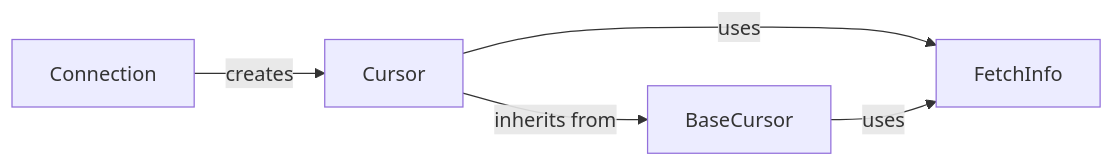
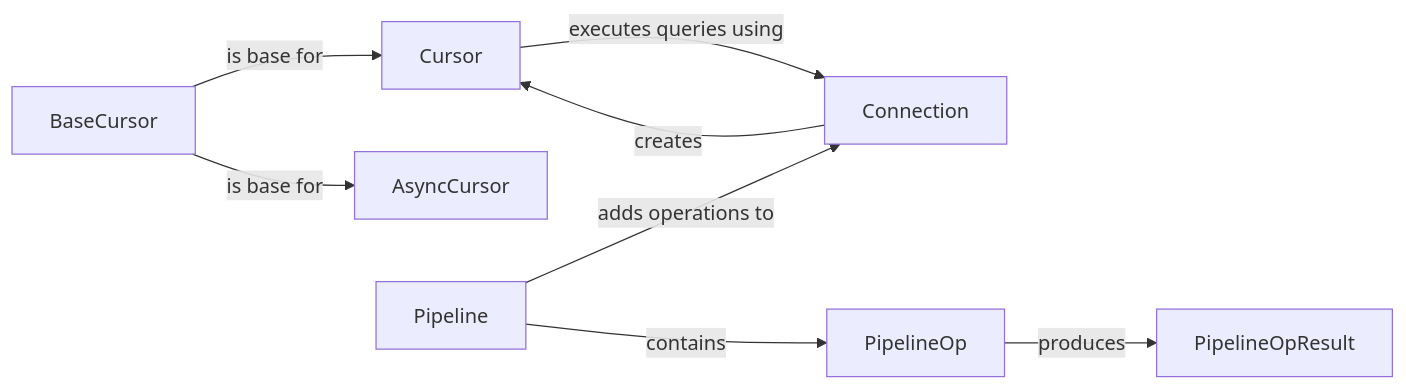
One commit to CodeBoarding/GeneratedOnBoardings changed the diagram in python-oracledb/Cursor and Execution Management.md. Above: the diagram before and after it, drawn with Mermaid. The commit also changed other lines of this file and 10 other files, not shown here.

````diff
--- a/python-oracledb/Cursor and Execution Management.md
+++ b/python-oracledb/Cursor and Execution Management.md
@@ -1,11 +1,17 @@
 ```mermaid
 graph LR
+    BaseCursor["BaseCursor"]
+    Cursor["Cursor"]
+    AsyncCursor["AsyncCursor"]
+    Pipeline["Pipeline"]
+    PipelineOp["PipelineOp"]
+    PipelineOpResult["PipelineOpResult"]
     Connection["Connection"]
-    Cursor["Cursor"]
-    BaseCursor["BaseCursor"]
-    FetchInfo["FetchInfo"]
+    BaseCursor -- "is base for" --> Cursor
+    BaseCursor -- "is base for" --> AsyncCursor
+    Cursor -- "executes queries using" --> Connection
+    Pipeline -- "adds operations to" --> Connection
+    Pipeline -- "contains" --> PipelineOp
+    PipelineOp -- "produces" --> PipelineOpResult
     Connection -- "creates" --> Cursor
-    Cursor -- "inherits from" --> BaseCursor
-    Cursor -- "uses" --> FetchInfo
-    BaseCursor -- "uses" --> FetchInfo
 ```
````
